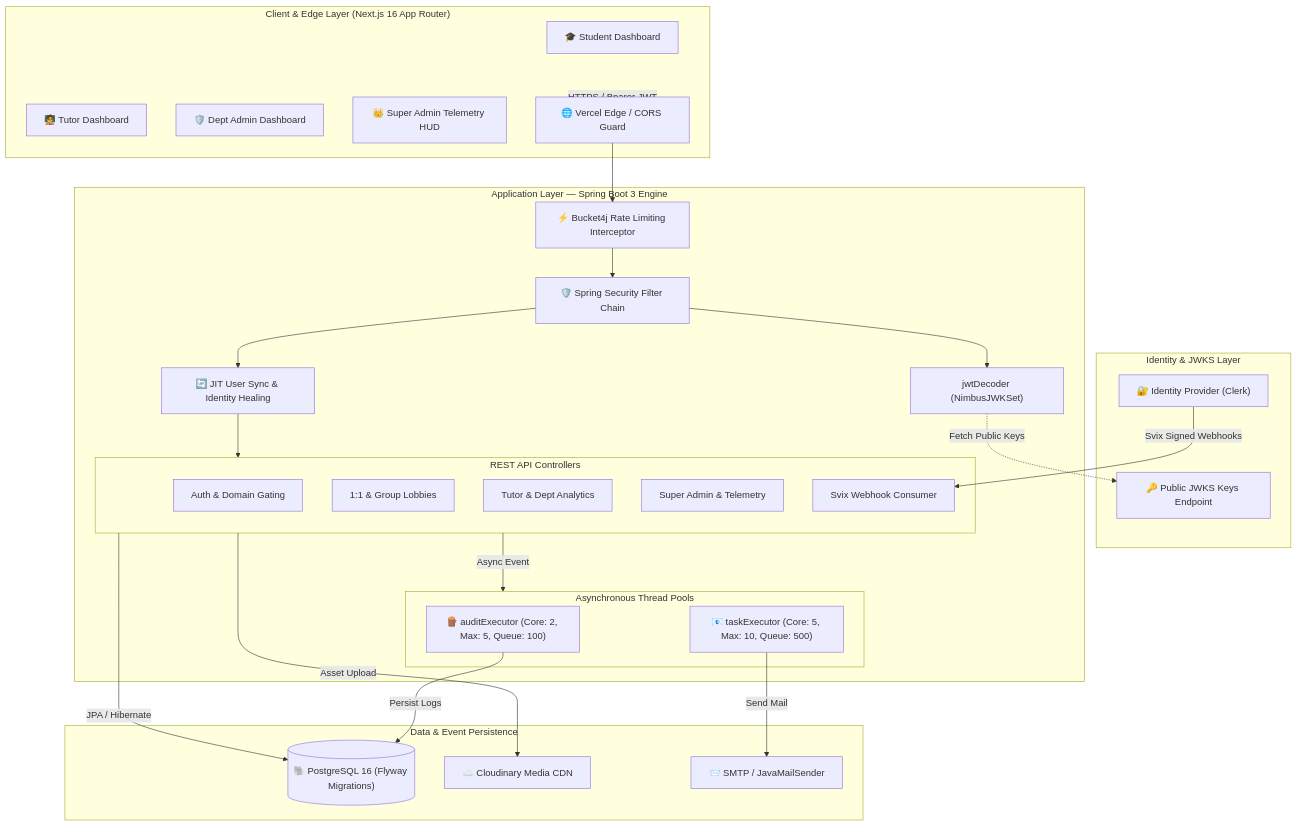
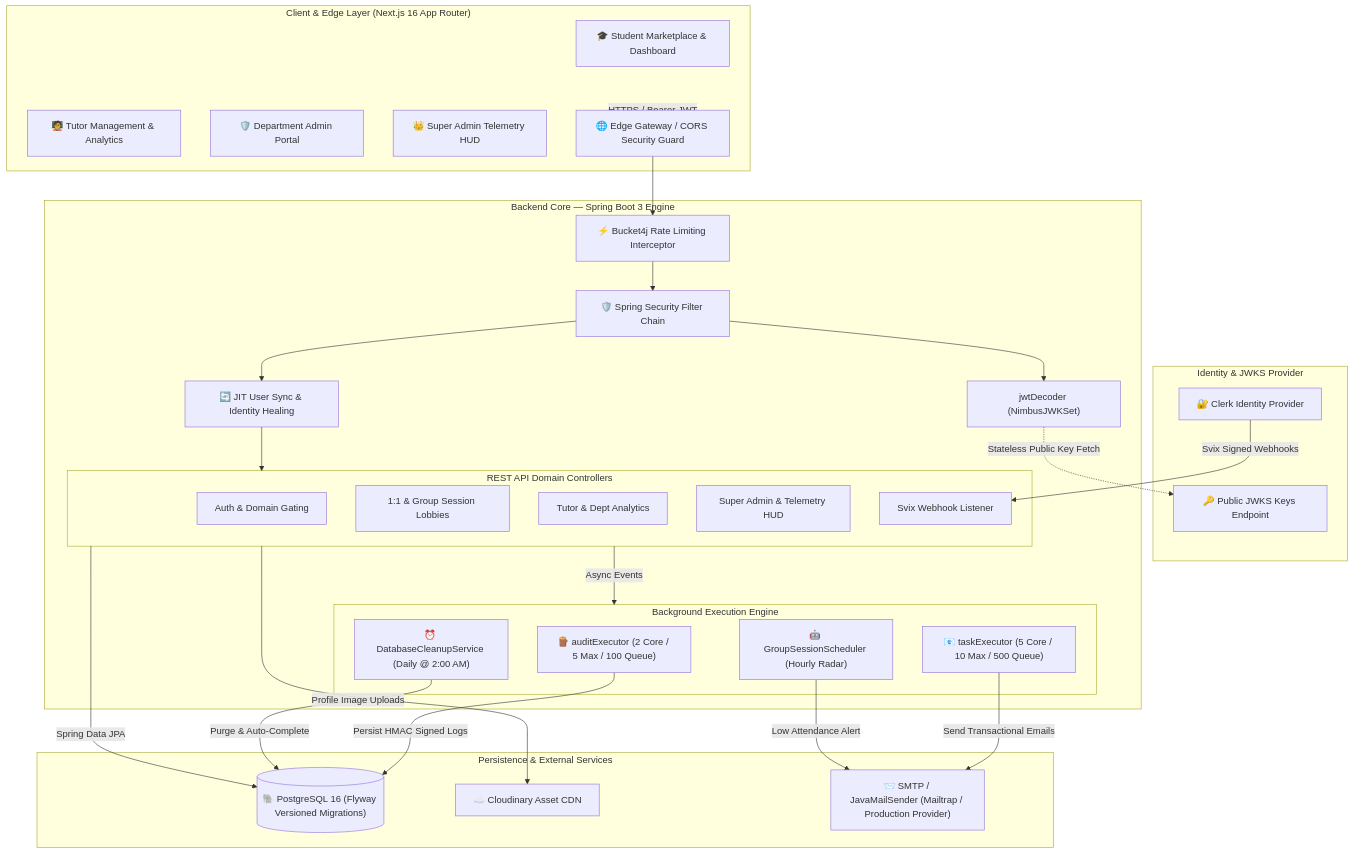
The first of 2 diagrams in README.md (daikendy/Eruscent-Architecture), drawn with Mermaid before and after one commit. The commit also changed other lines of this file, not shown here.

First line of the commit message:
Revise README for project name and architectural clarity

````diff
--- a/README.md
+++ b/README.md
@@ -41,56 +62,60 @@
 ```mermaid
 flowchart TB
     subgraph ClientLayer ["Client & Edge Layer (Next.js 16 App Router)"]
-        UI_Student["🎓 Student Dashboard"]
-        UI_Tutor["🧑‍🏫 Tutor Dashboard"]
-        UI_Admin["🛡️ Dept Admin Dashboard"]
+        UI_Student["🎓 Student Marketplace & Dashboard"]
+        UI_Tutor["🧑‍🏫 Tutor Management & Analytics"]
+        UI_Admin["🛡️ Department Admin Portal"]
         UI_Super["👑 Super Admin Telemetry HUD"]
-        Edge_CORS["🌐 Vercel Edge / CORS Guard"]
+        Edge_CORS["🌐 Edge Gateway / CORS Security Guard"]
     end
 
-    subgraph AuthLayer ["Identity & JWKS Layer"]
-        Clerk_IdP["🔐 Identity Provider (Clerk)"]
+    subgraph AuthLayer ["Identity & JWKS Provider"]
+        Clerk_IdP["🔐 Clerk Identity Provider"]
         JWKS_Uri["🔑 Public JWKS Keys Endpoint"]
     end
 
-    subgraph BackendLayer ["Application Layer — Spring Boot 3 Engine"]
+    subgraph BackendLayer ["Backend Core — Spring Boot 3 Engine"]
         Sec_Filter["🛡️ Spring Security Filter Chain"]
         Rate_Limiter["⚡ Bucket4j Rate Limiting Interceptor"]
         Jwt_Decoder["jwtDecoder (NimbusJWKSet)"]
         JIT_Engine["🔄 JIT User Sync & Identity Healing"]
         
-        subgraph Controllers ["REST API Controllers"]
+        subgraph Controllers ["REST API Domain Controllers"]
             Ctrl_Auth["Auth & Domain Gating"]
-            Ctrl_Session["1:1 & Group Lobbies"]
+            Ctrl_Session["1:1 & Group Session Lobbies"]
             Ctrl_Analytics["Tutor & Dept Analytics"]
-            Ctrl_Admin["Super Admin & Telemetry"]
-            Ctrl_Webhook["Svix Webhook Consumer"]
+            Ctrl_Admin["Super Admin & Telemetry HUD"]
+            Ctrl_Webhook["Svix Webhook Listener"]
         end
 
-        subgraph AsyncPools ["Asynchronous Thread Pools"]
-            Audit_Pool["🪵 auditExecutor (Core: 2, Max: 5, Queue: 100)"]
-            Task_Pool["📧 taskExecutor (Core: 5, Max: 10, Queue: 500)"]
+        subgraph BackgroundWorkers ["Background Execution Engine"]
+            Audit_Pool["🪵 auditExecutor (2 Core / 5 Max / 100 Queue)"]
+            Task_Pool["📧 taskExecutor (5 Core / 10 Max / 500 Queue)"]
+            Nightly_Cron["⏰ DatabaseCleanupService (Daily @ 2:00 AM)"]
+            Ghost_Watchdog["🤖 GroupSessionScheduler (Hourly Radar)"]
         end
     end
 
-    subgraph DataLayer ["Data & Event Persistence"]
-        DB_Postgres[("🐘 PostgreSQL 16 (Flyway Migrations)")]
-        Media_Cloudinary["☁️ Cloudinary Media CDN"]
-        Mail_Provider["📨 SMTP / JavaMailSender"]
+    subgraph DataLayer ["Persistence & External Services"]
+        DB_Postgres[("🐘 PostgreSQL 16 (Flyway Versioned Migrations)")]
+        Media_Cloudinary["☁️ Cloudinary Asset CDN"]
+        Mail_Provider["📨 SMTP / JavaMailSender (Mailtrap / Production Provider)"]
     end
 
     ClientLayer -->|HTTPS / Bearer JWT| Edge_CORS
     Edge_CORS --> Rate_Limiter
     Rate_Limiter --> Sec_Filter
     Sec_Filter --> Jwt_Decoder
-    Jwt_Decoder -.->|Fetch Public Keys| JWKS_Uri
+    Jwt_Decoder -.->|Stateless Public Key Fetch| JWKS_Uri
     Sec_Filter --> JIT_Engine
     JIT_Engine --> Controllers
 
-    Controllers -->|JPA / Hibernate| DB_Postgres
-    Controllers -->|Async Event| AsyncPools
-    Audit_Pool -->|Persist Logs| DB_Postgres
-    Task_Pool -->|Send Mail| Mail_Provider
-    Controllers -->|Asset Upload| Media_Cloudinary
+    Controllers -->|Spring Data JPA| DB_Postgres
+    Controllers -->|Async Events| BackgroundWorkers
+    Audit_Pool -->|Persist HMAC Signed Logs| DB_Postgres
+    Task_Pool -->|Send Transactional Emails| Mail_Provider
+    Nightly_Cron -->|Purge & Auto-Complete| DB_Postgres
+    Ghost_Watchdog -->|Low Attendance Alert| Mail_Provider
+    Controllers -->|Profile Image Uploads| Media_Cloudinary
     Clerk_IdP -->|Svix Signed Webhooks| Ctrl_Webhook
 ```
````
